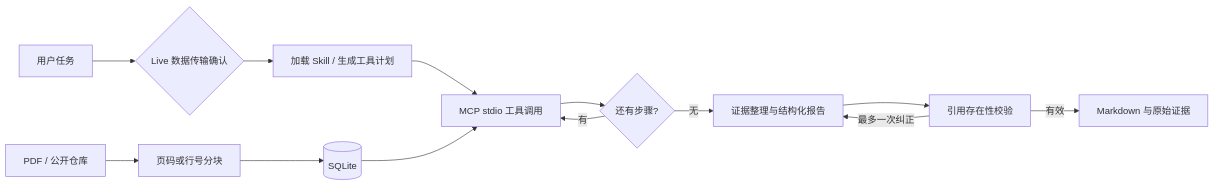
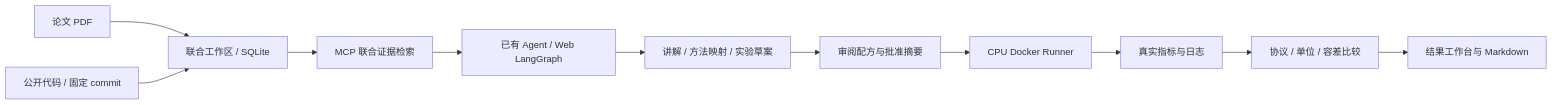
One commit to simabingci/PaperPilot-Agent changed the diagram in README.md. Above: the diagram before and after it, drawn with Mermaid. The commit also changed other lines of this file and 35 other files, not shown here.

````diff
--- a/README.md
+++ b/README.md
@@ -16,15 +85,13 @@
 ```mermaid
 flowchart LR
-    Input[PDF / 公开仓库] --> Index[页码或行号分块]
-    Index --> Store[(SQLite)]
-    Task[用户任务] --> Consent{Live 数据传输确认}
-    Consent --> Plan[加载 Skill / 生成工具计划]
-    Plan --> Tools[MCP stdio 工具调用]
-    Tools --> More{还有步骤?}
-    More -->|有| Tools
-    More -->|无| Report[证据整理与结构化报告]
-    Store --> Tools
-    Report --> Audit[引用存在性校验]
-    Audit -->|有效| Markdown[Markdown 与原始证据]
-    Audit -->|最多一次纠正| Report
+    P[论文 PDF] --> S[联合工作区 / SQLite]
+    C[公开代码 / 固定 commit] --> S
+    S --> E[MCP 联合证据检索]
+    E --> A[已有 Agent / Web LangGraph]
+    A --> X[讲解 / 方法映射 / 实验草案]
+    X --> R[审阅配方与批准摘要]
+    R --> D[CPU Docker Runner]
+    D --> M[真实指标与日志]
+    M --> V[协议 / 单位 / 容差比较]
+    V --> T[结果工作台与 Markdown]
 ```
````
